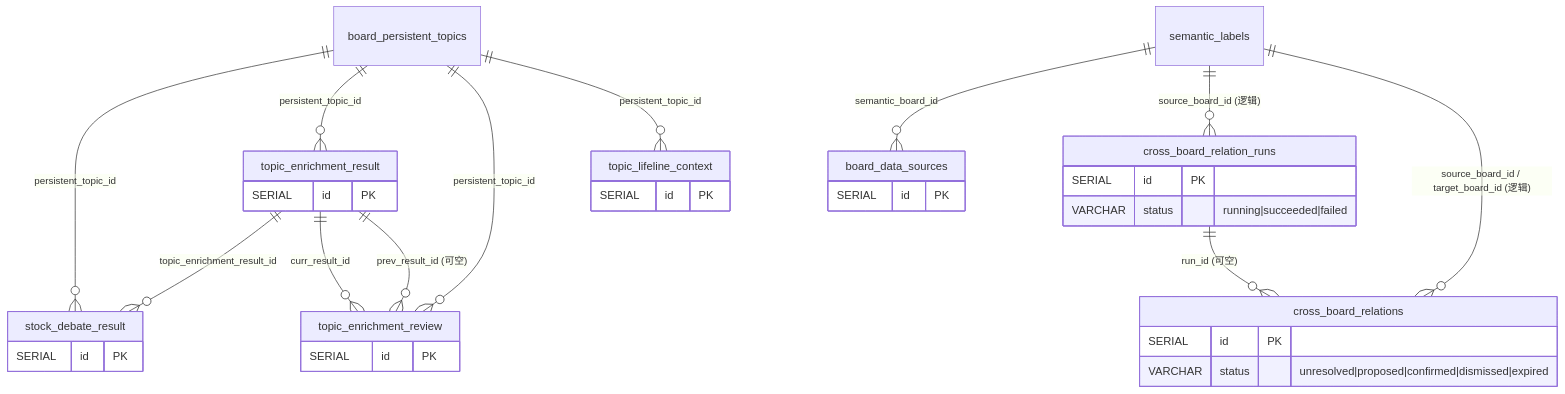
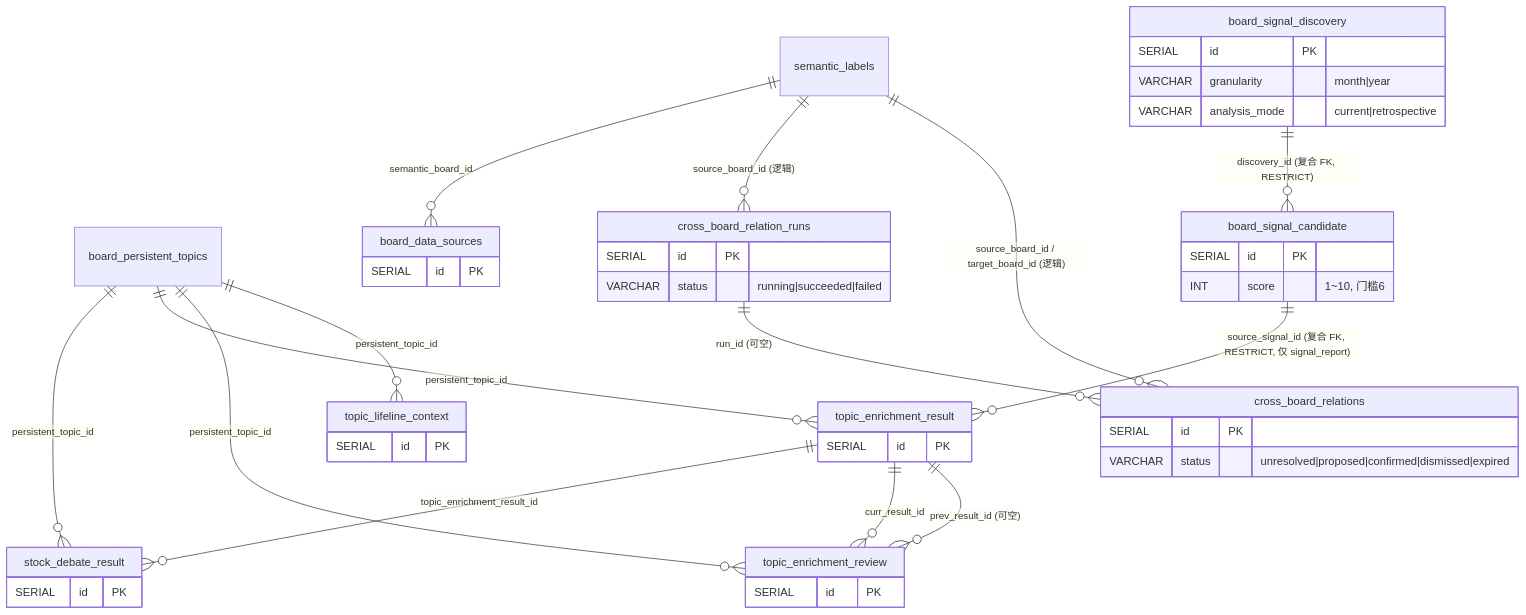
The diagram in docs/reference/database/tables/data-enrichment.md (ZanebonoAlter/Syntopica), drawn with Mermaid before and after one commit. The commit also changed other lines of this file and 156 other files, not shown here.

First line of the commit message:
feat(board-signal-reports): 板块信号研究报告全链 + 实战校准六项修复

````diff
--- a/docs/reference/database/tables/data-enrichment.md
+++ b/docs/reference/database/tables/data-enrichment.md
@@ -221,42 +284,53 @@
 ```mermaid
 erDiagram
     board_persistent_topics ||--o{ stock_debate_result : "persistent_topic_id"
+    board_signal_discovery ||--o{ board_signal_candidate : "discovery_id (复合 FK, RESTRICT)"
+    board_signal_candidate ||--o{ topic_enrichment_result : "source_signal_id (复合 FK, RESTRICT, 仅 signal_report)"
     board_persistent_topics ||--o{ topic_enrichment_result : "persistent_topic_id"
     board_persistent_topics ||--o{ topic_enrichment_review : "persistent_topic_id"
     board_persistent_topics ||--o{ topic_lifeline_context : "persistent_topic_id"
     cross_board_relation_runs ||--o{ cross_board_relations : "run_id (可空)"
     semantic_labels ||--o{ board_data_sources : "semantic_board_id"
     semantic_labels ||--o{ cross_board_relation_runs : "source_board_id (逻辑)"
     semantic_labels ||--o{ cross_board_relations : "source_board_id / target_board_id (逻辑)"
     topic_enrichment_result ||--o{ stock_debate_result : "topic_enrichment_result_id"
     topic_enrichment_result ||--o{ topic_enrichment_review : "curr_result_id"
     topic_enrichment_result ||--o{ topic_enrichment_review : "prev_result_id (可空)"
 
     board_data_sources {
         SERIAL id PK
+    }
+    board_signal_discovery {
+        SERIAL id PK
+        VARCHAR granularity "month|year"
+        VARCHAR analysis_mode "current|retrospective"
+    }
+    board_signal_candidate {
+        SERIAL id PK
+        INT score "1~10, 门槛6"
     }
     board_persistent_topics {
     }
     cross_board_relation_runs {
         SERIAL id PK
         VARCHAR status "running|succeeded|failed"
     }
     cross_board_relations {
         SERIAL id PK
         VARCHAR status "unresolved|proposed|confirmed|dismissed|expired"
     }
     semantic_labels {
     }
     stock_debate_result {
         SERIAL id PK
     }
     topic_enrichment_result {
         SERIAL id PK
     }
     topic_enrichment_review {
         SERIAL id PK
     }
     topic_lifeline_context {
         SERIAL id PK
     }
 ```
````
